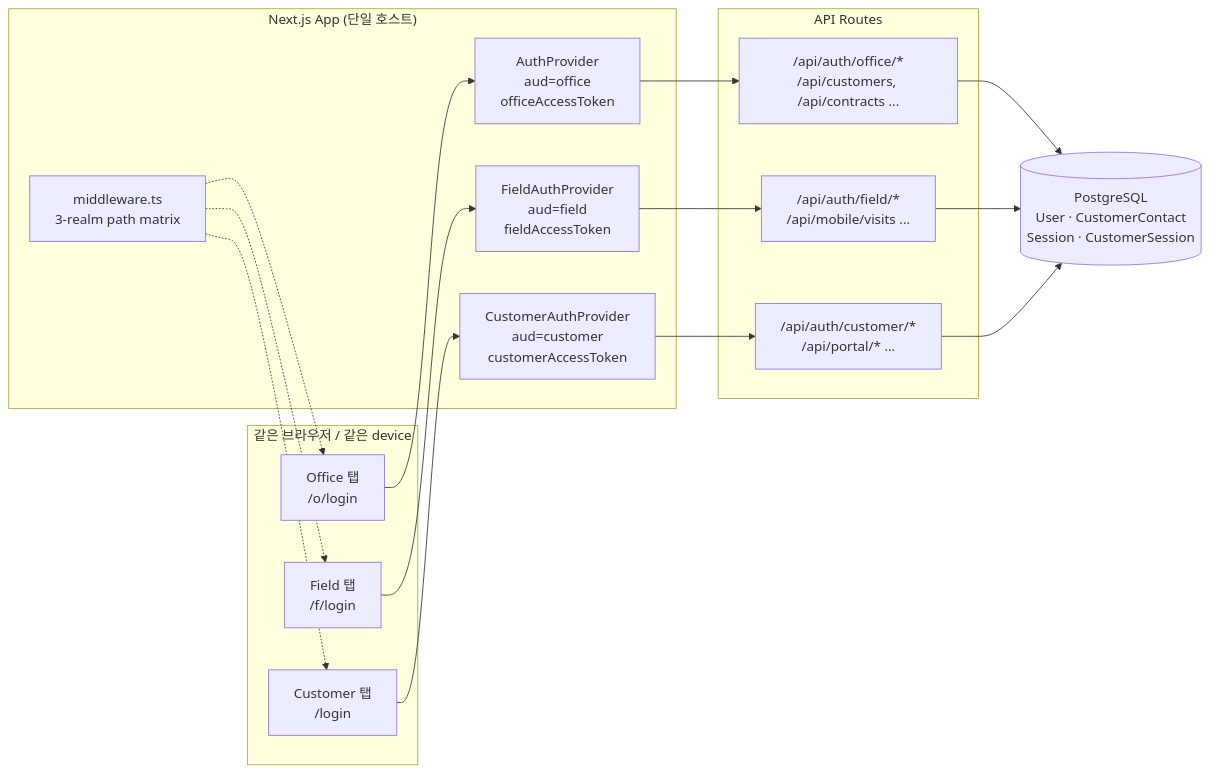
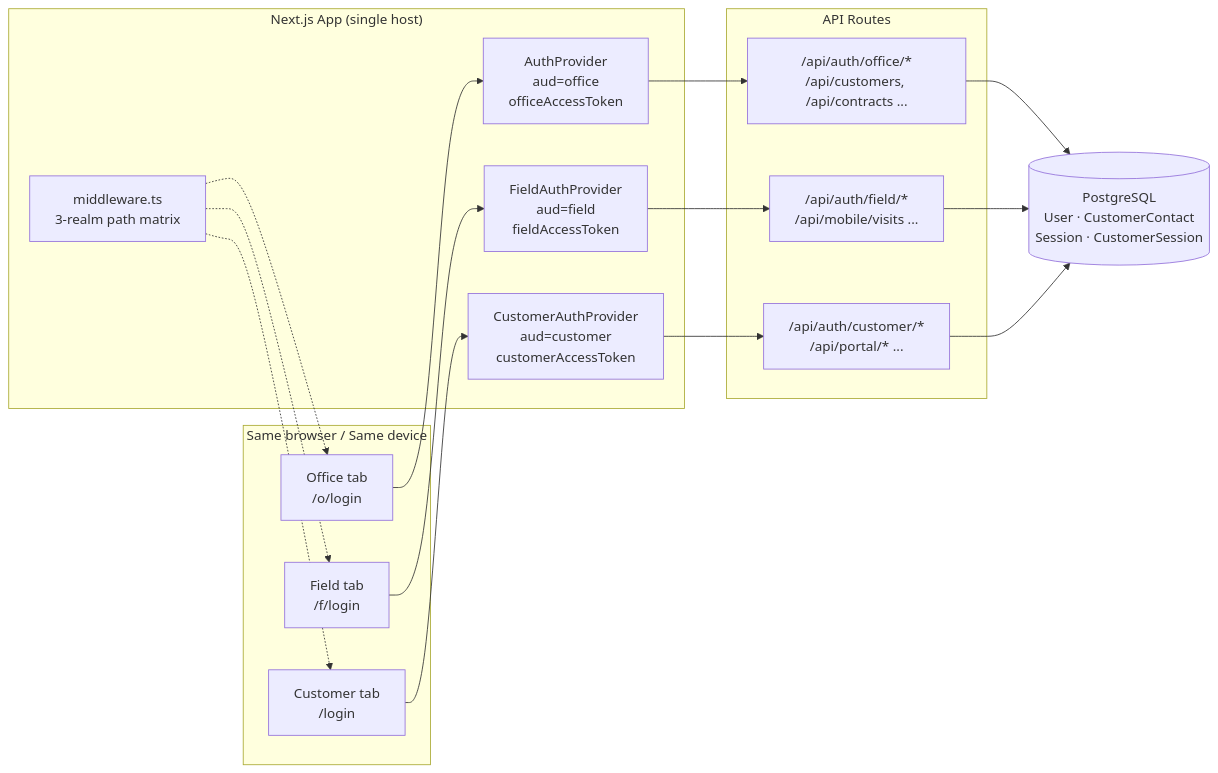
Before and after one commit to JoJakeTaemoon/jakes-home-appliances-soms: the first of 43 diagrams in docs/USER_WORKFLOWS.md, drawn with Mermaid. The commit also changed other lines of this file and 1 other file, not shown here.

First line of the commit message:
docs(workflows): add per-Part summary diagrams to HOW_TO_USE.md + translate USER_WORKFLOWS.md to English

````diff
--- a/docs/USER_WORKFLOWS.md
+++ b/docs/USER_WORKFLOWS.md
@@ -31,31 +31,31 @@
 ```mermaid
 flowchart LR
-  subgraph Browser["같은 브라우저 / 같은 device"]
-    OfficeTab["Office 탭<br/>/o/login"]
-    FieldTab["Field 탭<br/>/f/login"]
-    CustomerTab["Customer 탭<br/>/login"]
+  subgraph Browser["Same browser / Same device"]
+    OfficeTab["Office tab<br/>/o/login"]
+    FieldTab["Field tab<br/>/f/login"]
+    CustomerTab["Customer tab<br/>/login"]
   end
 
-  subgraph App["Next.js App (단일 호스트)"]
+  subgraph App["Next.js App (single host)"]
     OfficeAuth["AuthProvider<br/>aud=office<br/>officeAccessToken"]
     FieldAuth["FieldAuthProvider<br/>aud=field<br/>fieldAccessToken"]
     CustomerAuth["CustomerAuthProvider<br/>aud=customer<br/>customerAccessToken"]
     Middleware["middleware.ts<br/>3-realm path matrix"]
   end
 
   subgraph API["API Routes"]
     OfficeAPI["/api/auth/office/*<br/>/api/customers, /api/contracts ..."]
     FieldAPI["/api/auth/field/*<br/>/api/mobile/visits ..."]
     CustomerAPI["/api/auth/customer/*<br/>/api/portal/* ..."]
   end
 
   DB[(PostgreSQL<br/>User · CustomerContact<br/>Session · CustomerSession)]
 
   OfficeTab --> OfficeAuth --> OfficeAPI --> DB
   FieldTab --> FieldAuth --> FieldAPI --> DB
   CustomerTab --> CustomerAuth --> CustomerAPI --> DB
 
   Middleware -.-> OfficeTab
   Middleware -.-> FieldTab
   Middleware -.-> CustomerTab
 ```
````
